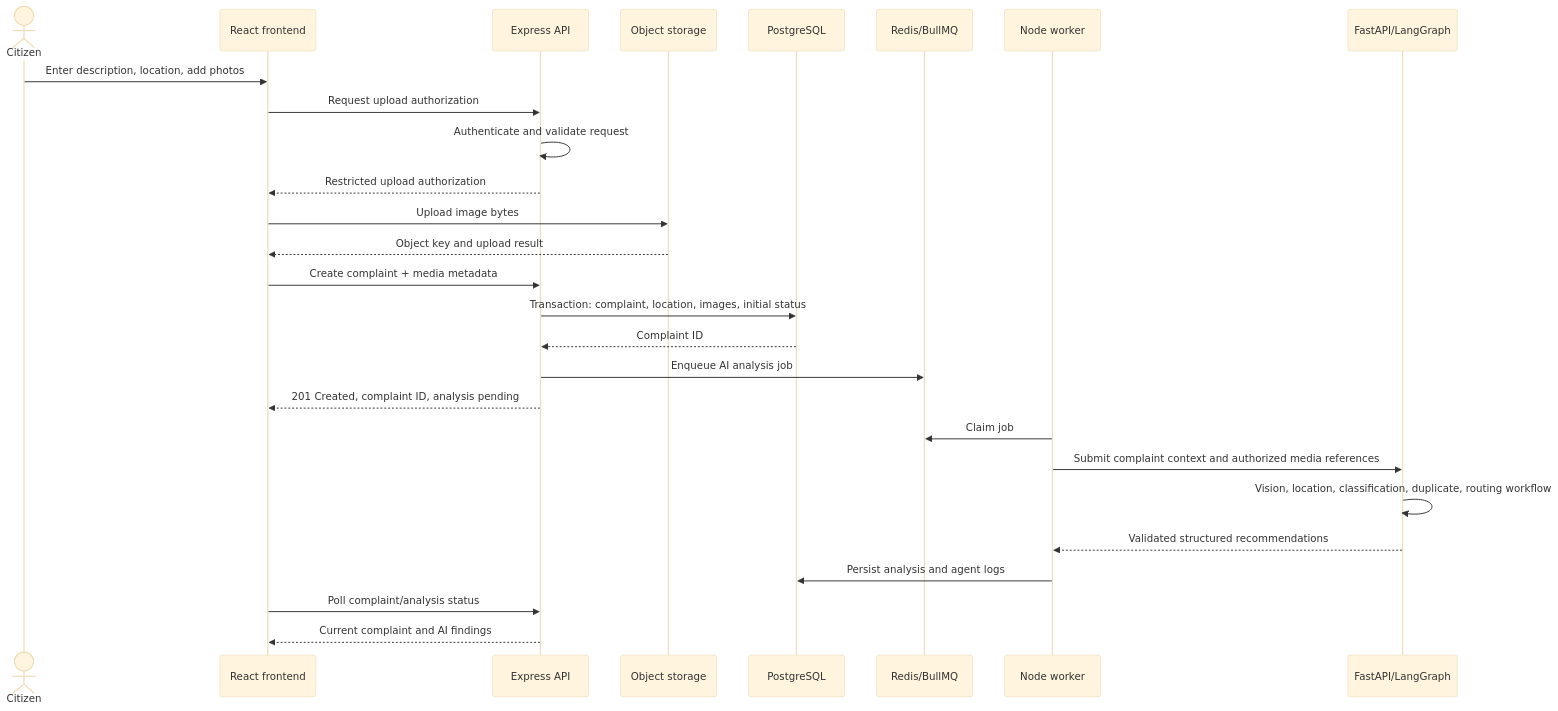
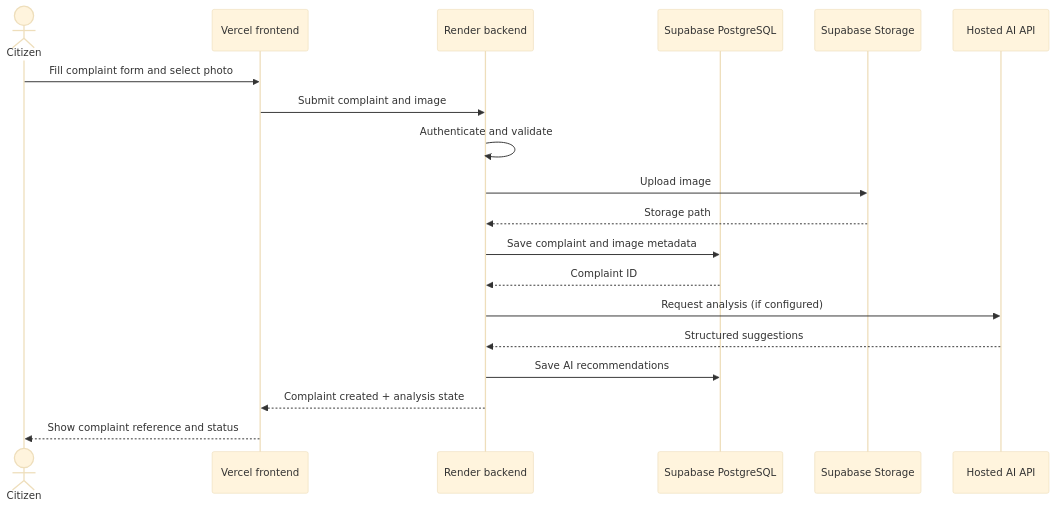
One commit to tejalsuryawanshi07/civic_fix changed the diagram in docs/DATA_FLOW.md. Above: the diagram before and after it, drawn with Mermaid (base theme). The commit also changed other lines of this file, not shown here.

````diff
--- a/docs/DATA_FLOW.md
+++ b/docs/DATA_FLOW.md
@@ -9,30 +14,22 @@
 ```mermaid
 sequenceDiagram
   actor Citizen
-  participant UI as React frontend
-  participant API as Express API
-  participant Store as Object storage
-  participant DB as PostgreSQL
-  participant Queue as Redis/BullMQ
-  participant Worker as Node worker
-  participant AI as FastAPI/LangGraph
+  participant Web as Vercel frontend
+  participant API as Render backend
+  participant DB as Supabase PostgreSQL
+  participant Files as Supabase Storage
+  participant AI as Hosted AI API
 
-  Citizen->>UI: Enter description, location, add photos
-  UI->>API: Request upload authorization
-  API->>API: Authenticate and validate request
-  API-->>UI: Restricted upload authorization
-  UI->>Store: Upload image bytes
-  Store-->>UI: Object key and upload result
-  UI->>API: Create complaint + media metadata
-  API->>DB: Transaction: complaint, location, images, initial status
+  Citizen->>Web: Fill complaint form and select photo
+  Web->>API: Submit complaint and image
+  API->>API: Authenticate and validate
+  API->>Files: Upload image
+  Files-->>API: Storage path
+  API->>DB: Save complaint and image metadata
   DB-->>API: Complaint ID
-  API->>Queue: Enqueue AI analysis job
-  API-->>UI: 201 Created, complaint ID, analysis pending
-  Worker->>Queue: Claim job
-  Worker->>AI: Submit complaint context and authorized media references
-  AI->>AI: Vision, location, classification, duplicate, routing workflow
-  AI-->>Worker: Validated structured recommendations
-  Worker->>DB: Persist analysis and agent logs
-  UI->>API: Poll complaint/analysis status
-  API-->>UI: Current complaint and AI findings
+  API->>AI: Request analysis (if configured)
+  AI-->>API: Structured suggestions
+  API->>DB: Save AI recommendations
+  API-->>Web: Complaint created + analysis state
+  Web-->>Citizen: Show complaint reference and status
 ```
````
